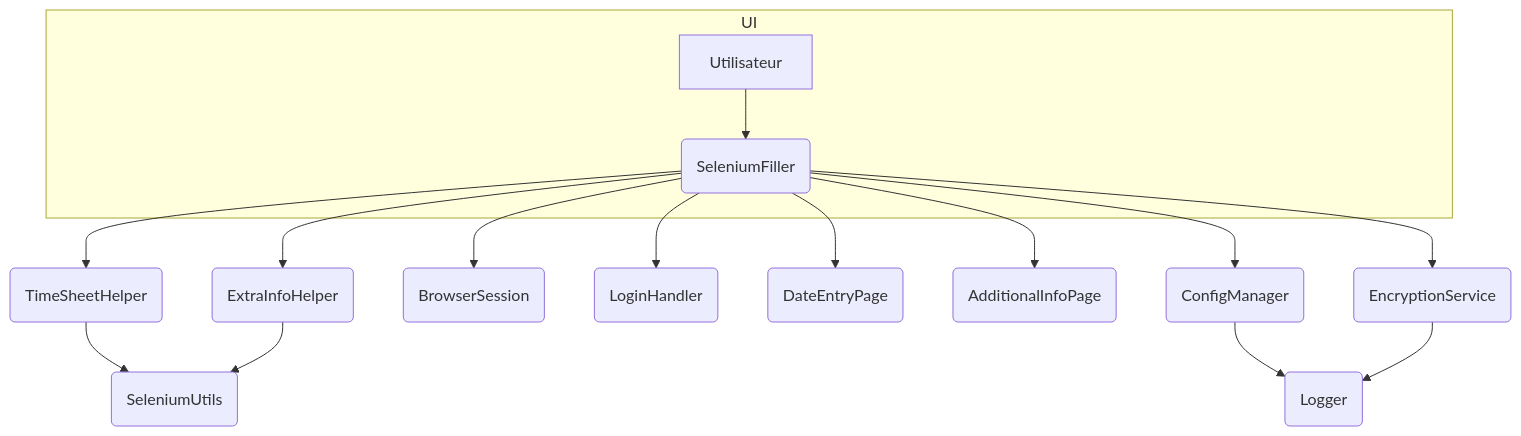
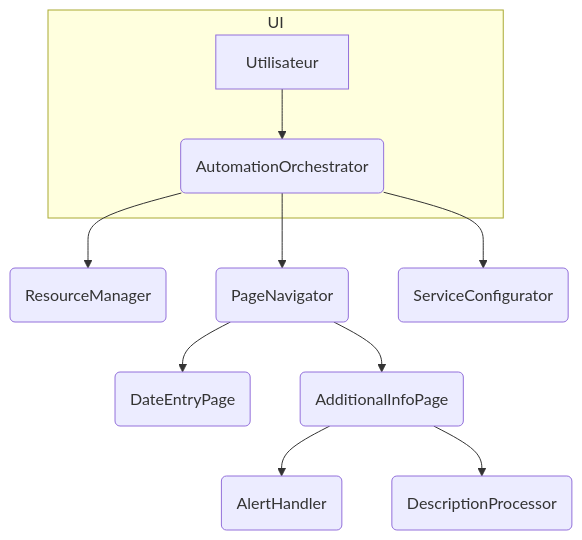
Before and after one commit to Fr3doo/sele_saisie_auto: the diagram in README.md, drawn with Mermaid. The commit also changed other lines of this file, not shown here.

Commit message:
docs: mettre a jour l'architecture

````diff
--- a/README.md
+++ b/README.md
@@ -122,18 +127,13 @@
 ```mermaid
 graph TD
   subgraph UI
-    A[Utilisateur] --> B(SeleniumFiller)
+    A[Utilisateur] --> AO(AutomationOrchestrator)
   end
-  B --> C(TimeSheetHelper)
-  B --> D(ExtraInfoHelper)
-  B --> X(BrowserSession)
-  B --> Y(LoginHandler)
-  B --> Z(DateEntryPage)
-  B --> AA(AdditionalInfoPage)
-  B --> E(ConfigManager)
-  B --> F(EncryptionService)
-  C --> G(SeleniumUtils)
-  D --> G
-  E --> H(Logger)
-  F --> H
+  AO --> RM(ResourceManager)
+  AO --> PN(PageNavigator)
+  AO --> SC(ServiceConfigurator)
+  PN --> DE(DateEntryPage)
+  PN --> AI(AdditionalInfoPage)
+  AI --> AH(AlertHandler)
+  AI --> DP(DescriptionProcessor)
 ```
````
